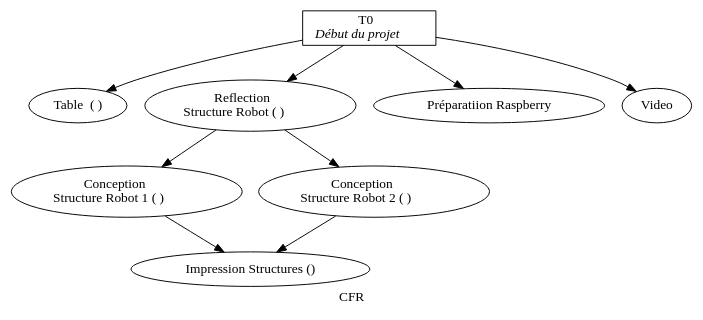
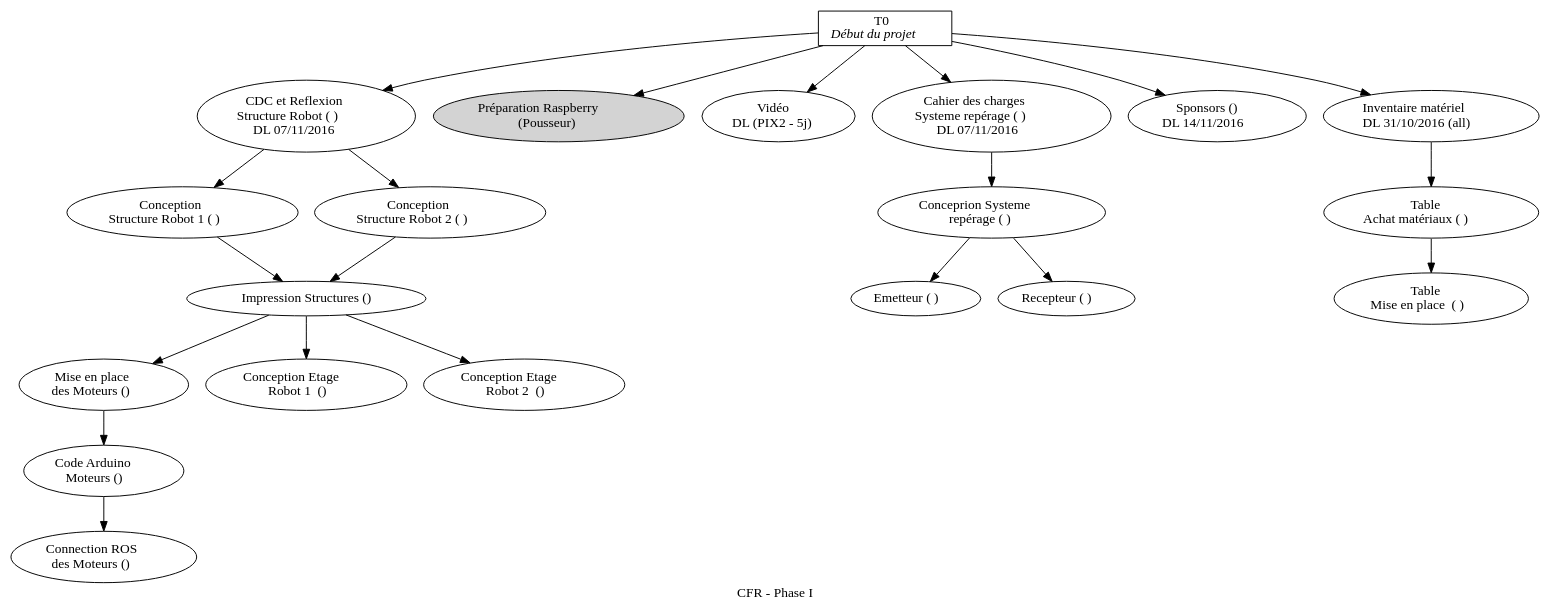
Before and after one commit to ESCF17/coupe: the diagram in projet/taches/taches_global.gv, drawn with Graphviz. The commit also changed 1 other file, not shown here.

```diff
--- a/projet/taches/taches_global.gv
+++ b/projet/taches/taches_global.gv
@@ -1,28 +1,59 @@
 digraph G {
   
-    label ="CFR";
+    label ="CFR - Phase I";
    
     t0		   [label = <T0 <br/> <I>Début du projet </I>>]    
-    table_0   	   [label = "Table  ( )"]
-    struct_robot   [label = <Reflection <br/> Structure Robot ( )>]
+    table_0   	   [label = <Table <br/> Achat matériaux ( )>]
+    table_1   	   [label = <Table <br/> Mise en place  ( )>]
+    struct_robot   [label = <CDC et Reflexion <br/> Structure Robot ( ) <br/> DL 07/11/2016>]
     struct_robot_1 [label = <Conception  <br/> Structure Robot 1 ( )>]
     struct_robot_2 [label = <Conception  <br/> Structure Robot 2 ( )>]
     imp_struct 	   [label = "Impression Structures ()"]
-    prepa_os	   [label = "Préparatiion Raspberry"]
-    prepa_video    [label = "Video" ]
+    prepa_os	   [label = <Préparation Raspberry <br/> (Pousseur) > style="filled"]
+    prepa_video    [label = <Vidéo <br/>DL (PIX2 - 5j)>]
+    cch_sys_rep    [label = <Cahier des charges <br/> Systeme repérage ( ) <br/> DL 07/11/2016 >]
+    cons_sys_rep   [label = <Conceprion Systeme <br/> repérage ( )>]
+    rep_emetteur   [label = <Emetteur ( )>]
+    rep_recepteur  [label = <Recepteur ( )>]
+
+    sponsors	   [label = <Sponsors () <br/> DL 14/11/2016 >]
     
+    moteur_roues   [label = <Mise en place <br/> des Moteurs ()>] 
+    arduino_moteur [label = <Code Arduino <br/> Moteurs ()>] 
+    arduino_rasp   [label = <Connection ROS <br/> des Moteurs ()>] 
+
+    cons_etg1_r1   [label = <Conception Etage <br/> Robot 1  ()>] 
+    cons_etg1_r2   [label = <Conception Etage <br/> Robot 2  ()>]
+
+    inventaire	   [label = <Inventaire matériel <br/> DL 31/10/2016 (all)>]
+
+
     t0[shape=box];
        
-    t0 -> table_0;
-    t0 -> struct_robot;
+    t0		-> inventaire;
+    inventaire -> table_0 	-> table_1;
+
     t0 -> prepa_os;
+    
     t0 -> prepa_video;
 
+    t0 -> sponsors;
 
+    t0 -> struct_robot;
     struct_robot -> struct_robot_1;
     struct_robot -> struct_robot_2;
 
     struct_robot_1 -> imp_struct;
     struct_robot_2 -> imp_struct;
-    
-}
+    imp_struct	   -> moteur_roues;
+    moteur_roues   -> arduino_moteur;
+    arduino_moteur -> arduino_rasp;
+
+    imp_struct	   -> cons_etg1_r1;
+    imp_struct	   -> cons_etg1_r2;
+
+    t0 		   -> cch_sys_rep;
+    cch_sys_rep	   -> cons_sys_rep;
+    cons_sys_rep   -> rep_emetteur;
+    cons_sys_rep   -> rep_recepteur;
+ }
```
